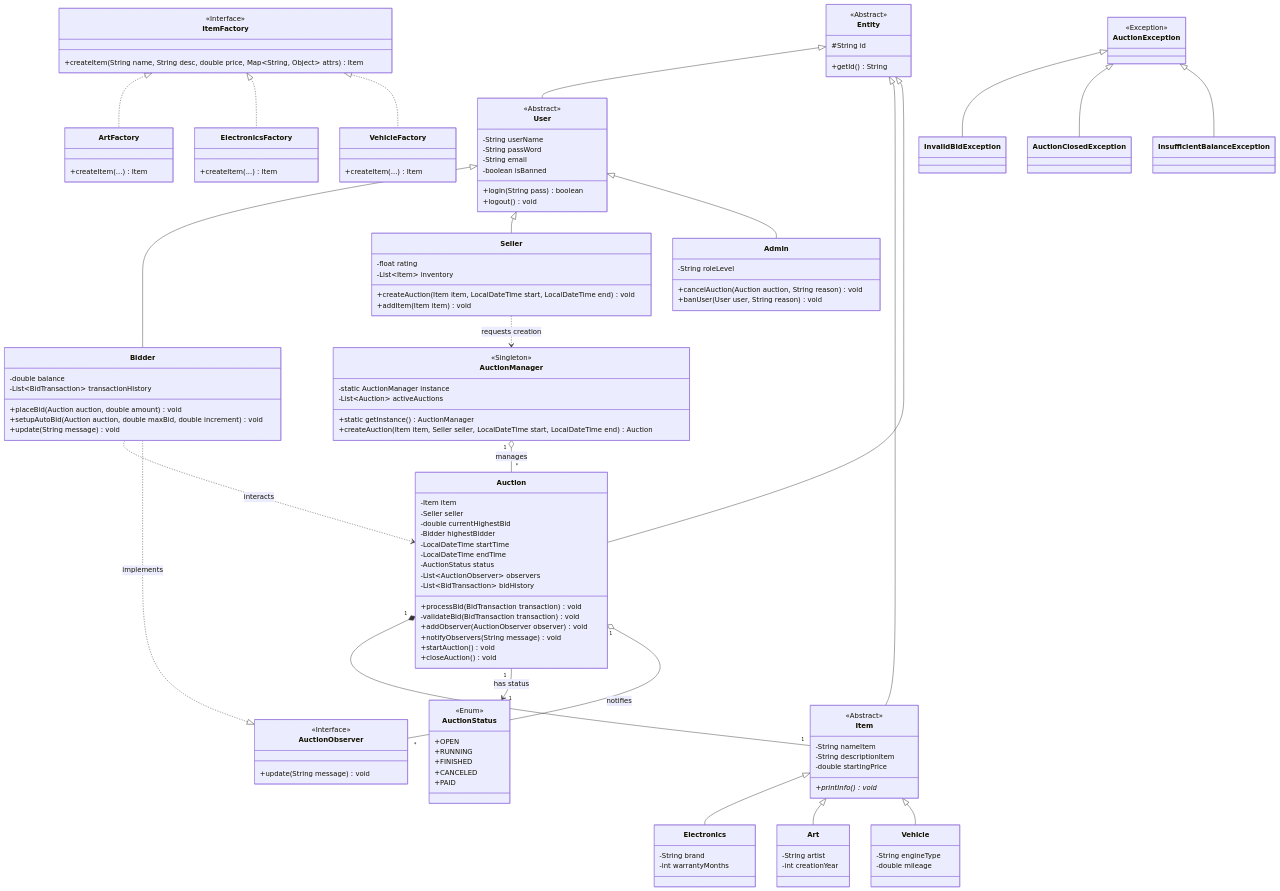
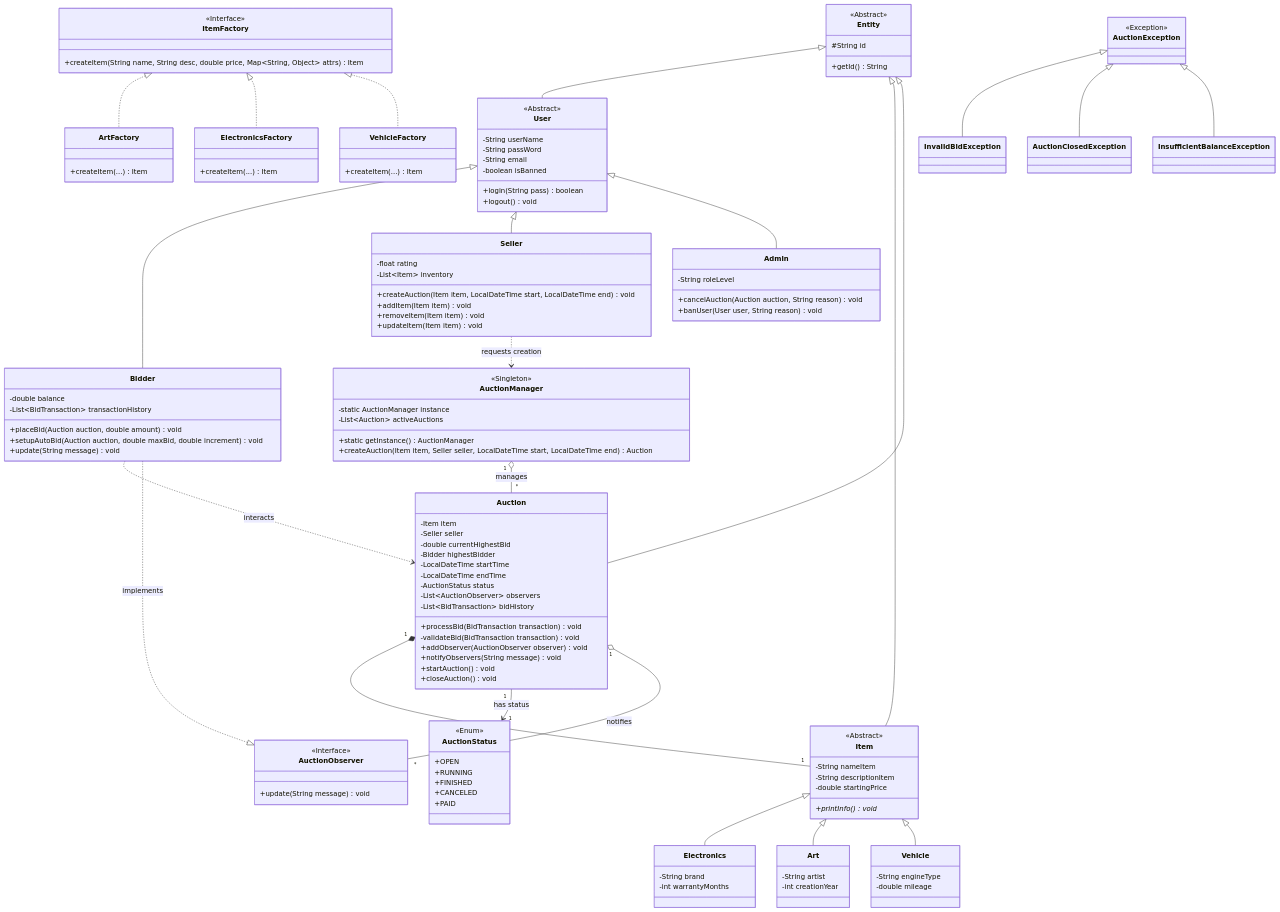
One commit to kaiki0201a/Online-Auction-System-Project changed the diagram in README.md. Above: the diagram before and after it, drawn with Mermaid.

```diff
--- a/README.md
+++ b/README.md
@@ -59,6 +59,9 @@
        -List~Item~ inventory
        +createAuction(Item item, LocalDateTime start, LocalDateTime end) void
        +addItem(Item item) void
+       +removeItem(Item item) void
+       +updateItem(Item item) void
+       
     }
     
     class Admin{
```
